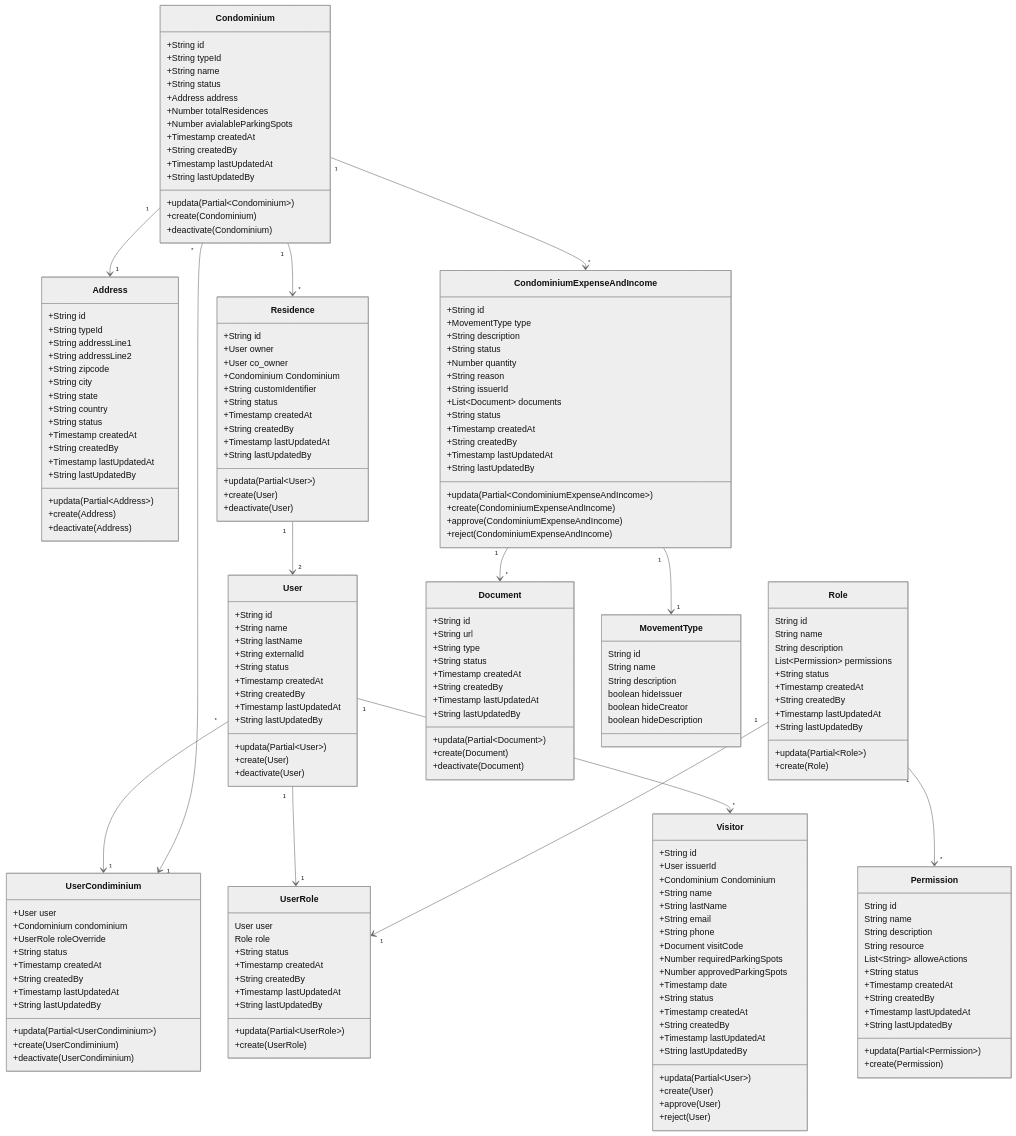
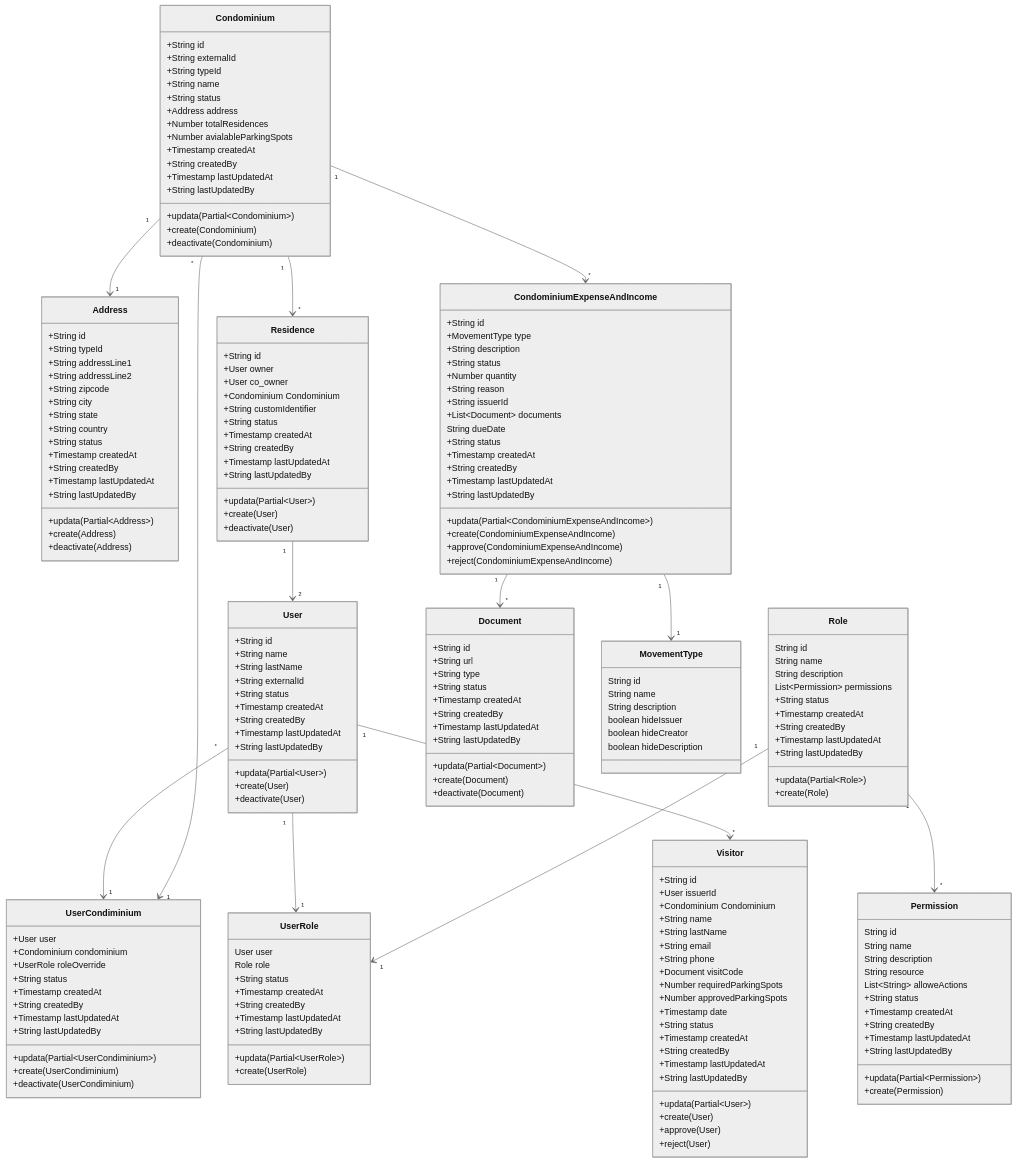
The diagram in docs/diagrams/mermaid/appClassDiagram.mmd (zedlen/condi), drawn with Mermaid (neutral theme) before and after one commit. The commit also changed 1 other file, not shown here.

Commit message:
chore: update database schema

```diff
--- a/docs/diagrams/mermaid/appClassDiagram.mmd
+++ b/docs/diagrams/mermaid/appClassDiagram.mmd
@@ -1,195 +1,197 @@
 classDiagram
     class User
     User : +String id
     User : +String name
     User : +String lastName
     User : +String externalId
     User : +String status
     User : +Timestamp createdAt
     User : +String createdBy
     User : +Timestamp lastUpdatedAt
     User : +String lastUpdatedBy
     User : +updata(Partial~User~)
     User : +create(User)
     User : +deactivate(User)
 
     class Permission
     Permission: String id
     Permission: String name
     Permission: String description
     Permission: String resource
     Permission: List~String~ alloweActions
     Permission : +String status
     Permission : +Timestamp createdAt
     Permission : +String createdBy
     Permission : +Timestamp lastUpdatedAt
     Permission : +String lastUpdatedBy
     Permission : +updata(Partial~Permission~)
     Permission : +create(Permission)
 
     class Role
     Role: String id
     Role: String name
     Role: String description
     Role: List~Permission~ permissions
     Role : +String status
     Role : +Timestamp createdAt
     Role : +String createdBy
     Role : +Timestamp lastUpdatedAt
     Role : +String lastUpdatedBy
     Role : +updata(Partial~Role~)
     Role : +create(Role)
 
     Role "1" --> "*" Permission
 
     class UserRole
     UserRole: User user
     UserRole: Role role
     UserRole : +String status
     UserRole : +Timestamp createdAt
     UserRole : +String createdBy
     UserRole : +Timestamp lastUpdatedAt
     UserRole : +String lastUpdatedBy
     UserRole : +updata(Partial~UserRole~)
     UserRole : +create(UserRole)
 
     User "1" --> "1" UserRole
     Role "1" --> "1" UserRole
 
     class Address
     Address : +String id
     Address : +String typeId
     Address : +String addressLine1
     Address : +String addressLine2
     Address : +String zipcode
     Address : +String city
     Address : +String state
     Address : +String country
     Address : +String status
     Address : +Timestamp createdAt
     Address : +String createdBy
     Address : +Timestamp lastUpdatedAt
     Address : +String lastUpdatedBy
     Address : +updata(Partial~Address~)
     Address : +create(Address)
     Address : +deactivate(Address)
 
     class Condominium
     Condominium : +String id
+    Condominium : +String externalId
     Condominium : +String typeId
     Condominium : +String name
     Condominium : +String status
     Condominium : +Address address
     Condominium : +Number totalResidences
     Condominium : +Number avialableParkingSpots
     Condominium : +Timestamp createdAt
     Condominium : +String createdBy
     Condominium : +Timestamp lastUpdatedAt
     Condominium : +String lastUpdatedBy
     Condominium : +updata(Partial~Condominium~)
     Condominium : +create(Condominium)
     Condominium : +deactivate(Condominium)
 
     Condominium "1" --> "1" Address
     
     class UserCondiminium
     UserCondiminium : +User user
     UserCondiminium : +Condominium condominium
     UserCondiminium : +UserRole roleOverride
     UserCondiminium : +String status
     UserCondiminium : +Timestamp createdAt
     UserCondiminium : +String createdBy
     UserCondiminium : +Timestamp lastUpdatedAt
     UserCondiminium : +String lastUpdatedBy
     UserCondiminium : +updata(Partial~UserCondiminium~)
     UserCondiminium : +create(UserCondiminium)
     UserCondiminium : +deactivate(UserCondiminium)
 
     User "*" --> "1" UserCondiminium
     Condominium "*" --> "1" UserCondiminium
 
     class Document
     Document : +String id
     Document : +String url
     Document : +String type
     Document : +String status
     Document : +Timestamp createdAt
     Document : +String createdBy
     Document : +Timestamp lastUpdatedAt
     Document : +String lastUpdatedBy
     Document : +updata(Partial~Document~)
     Document : +create(Document)
     Document : +deactivate(Document)
 
     class MovementType
     MovementType: String id
     MovementType: String name
     MovementType: String description
     MovementType: boolean hideIssuer
     MovementType: boolean hideCreator
     MovementType: boolean hideDescription
 
     class CondominiumExpenseAndIncome
     CondominiumExpenseAndIncome : +String id
     CondominiumExpenseAndIncome : +MovementType type
     CondominiumExpenseAndIncome : +String description
     CondominiumExpenseAndIncome : +String status
     CondominiumExpenseAndIncome : +Number quantity
     CondominiumExpenseAndIncome : +String reason
     CondominiumExpenseAndIncome : +String issuerId
     CondominiumExpenseAndIncome : +List~Document~ documents
+    CondominiumExpenseAndIncome : String dueDate
     CondominiumExpenseAndIncome : +String status
     CondominiumExpenseAndIncome : +Timestamp createdAt
     CondominiumExpenseAndIncome : +String createdBy
     CondominiumExpenseAndIncome : +Timestamp lastUpdatedAt
     CondominiumExpenseAndIncome : +String lastUpdatedBy
     CondominiumExpenseAndIncome : +updata(Partial~CondominiumExpenseAndIncome~)
     CondominiumExpenseAndIncome : +create(CondominiumExpenseAndIncome)
     CondominiumExpenseAndIncome : +approve(CondominiumExpenseAndIncome)
     CondominiumExpenseAndIncome : +reject(CondominiumExpenseAndIncome)
 
     Condominium "1" --> "*" CondominiumExpenseAndIncome
     CondominiumExpenseAndIncome "1" --> "*" Document
     CondominiumExpenseAndIncome "1" --> "1" MovementType
 
     class Residence
     Residence : +String id
     Residence : +User owner
     Residence : +User co_owner
     Residence : +Condominium Condominium
     Residence : +String customIdentifier
     Residence : +String status
     Residence : +Timestamp createdAt
     Residence : +String createdBy
     Residence : +Timestamp lastUpdatedAt
     Residence : +String lastUpdatedBy
     Residence : +updata(Partial~User~)
     Residence : +create(User)
     Residence : +deactivate(User)
 
     Condominium "1" --> "*" Residence
     Residence "1" --> "2" User
 
     class Visitor
     Visitor : +String id
     Visitor : +User issuerId
     Visitor : +Condominium Condominium
     Visitor : +String name
     Visitor : +String lastName
     Visitor : +String email
     Visitor : +String phone
     Visitor : +Document visitCode
     Visitor : +Number requiredParkingSpots
     Visitor : +Number approvedParkingSpots
     Visitor : +Timestamp date
     Visitor : +String status
     Visitor : +Timestamp createdAt
     Visitor : +String createdBy
     Visitor : +Timestamp lastUpdatedAt
     Visitor : +String lastUpdatedBy
     Visitor : +updata(Partial~User~)
     Visitor : +create(User)
     Visitor : +approve(User)
     Visitor : +reject(User)
 
     User "1" --> "*" Visitor
```
